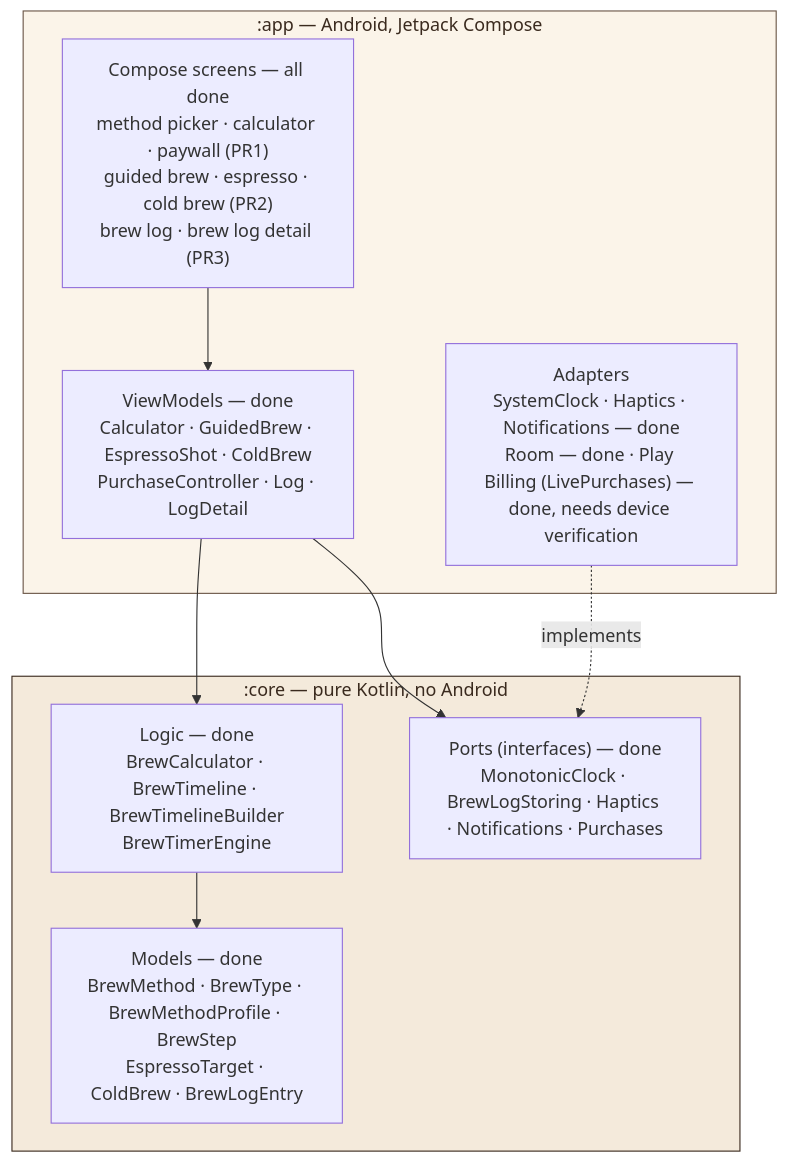
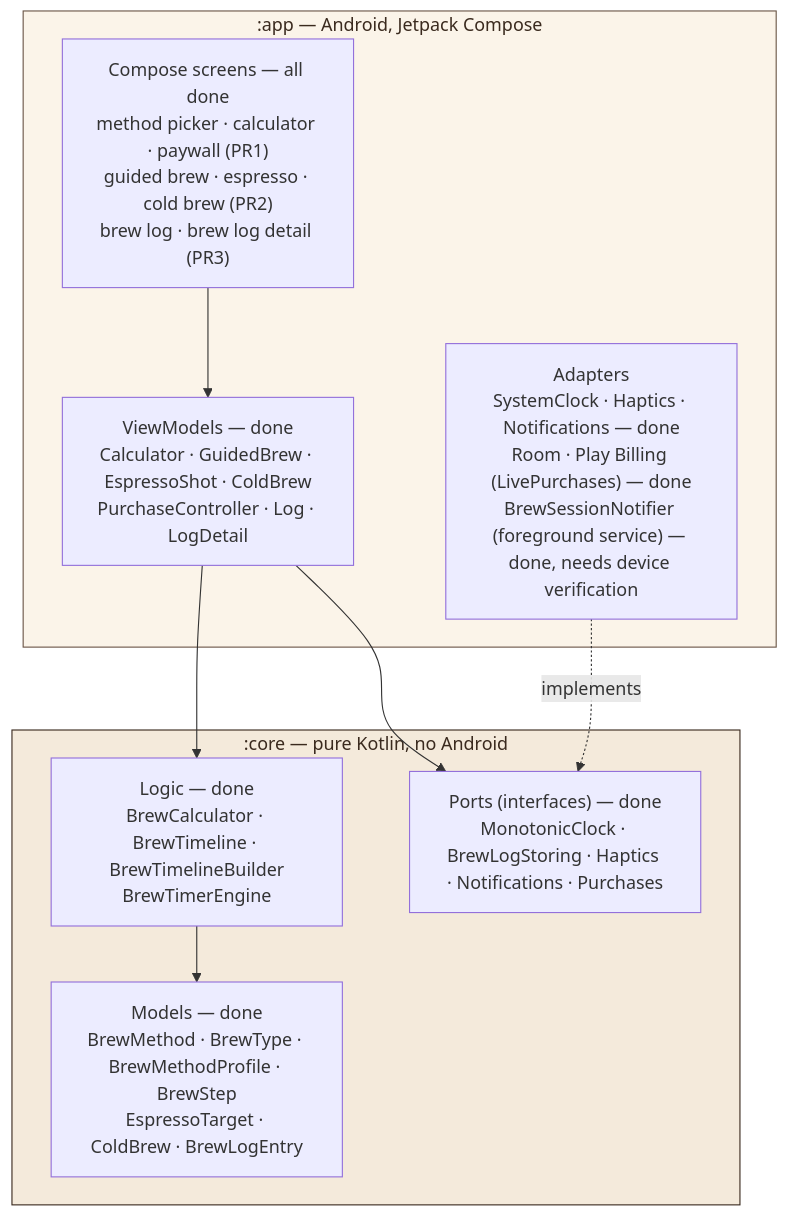
One commit to JayReece313/coffeegrams-android changed the first of 3 diagrams in ARCHITECTURE.md. Above: the diagram before and after it, drawn with Mermaid. The commit also changed other lines of this file and 10 other files, not shown here.

````diff
--- a/ARCHITECTURE.md
+++ b/ARCHITECTURE.md
@@ -63,23 +69,23 @@
 ```mermaid
 graph TD
     subgraph app[":app — Android, Jetpack Compose"]
         UI["Compose screens — all done<br/>method picker · calculator · paywall (PR1)<br/>guided brew · espresso · cold brew (PR2)<br/>brew log · brew log detail (PR3)"]
         VM["ViewModels — done<br/>Calculator · GuidedBrew · EspressoShot · ColdBrew<br/>PurchaseController · Log · LogDetail"]
-        AD["Adapters<br/>SystemClock · Haptics · Notifications — done<br/>Room — done · Play Billing (LivePurchases) — done, needs device verification"]
+        AD["Adapters<br/>SystemClock · Haptics · Notifications — done<br/>Room · Play Billing (LivePurchases) — done<br/>BrewSessionNotifier (foreground service) — done, needs device verification"]
     end
 
     subgraph core[":core — pure Kotlin, no Android"]
         M["Models — done<br/>BrewMethod · BrewType · BrewMethodProfile · BrewStep<br/>EspressoTarget · ColdBrew · BrewLogEntry"]
         L["Logic — done<br/>BrewCalculator · BrewTimeline · BrewTimelineBuilder<br/>BrewTimerEngine"]
         P["Ports (interfaces) — done<br/>MonotonicClock · BrewLogStoring · Haptics · Notifications · Purchases"]
     end
 
     UI --> VM
     VM --> L
     VM --> P
     L --> M
     AD -.implements.-> P
 
     style core fill:#F4EADB,stroke:#3A2A1E,color:#3A2A1E
     style app fill:#FBF4E9,stroke:#6B5647,color:#3A2A1E
 ```
````
